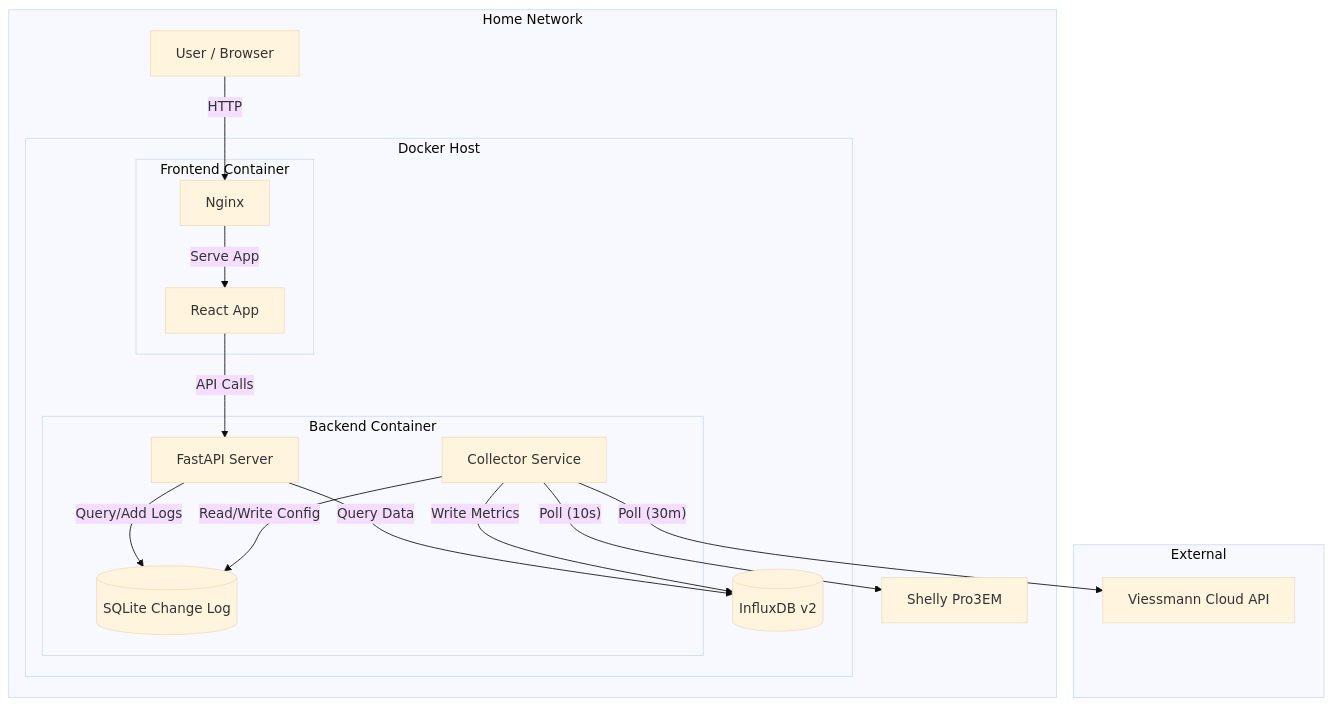
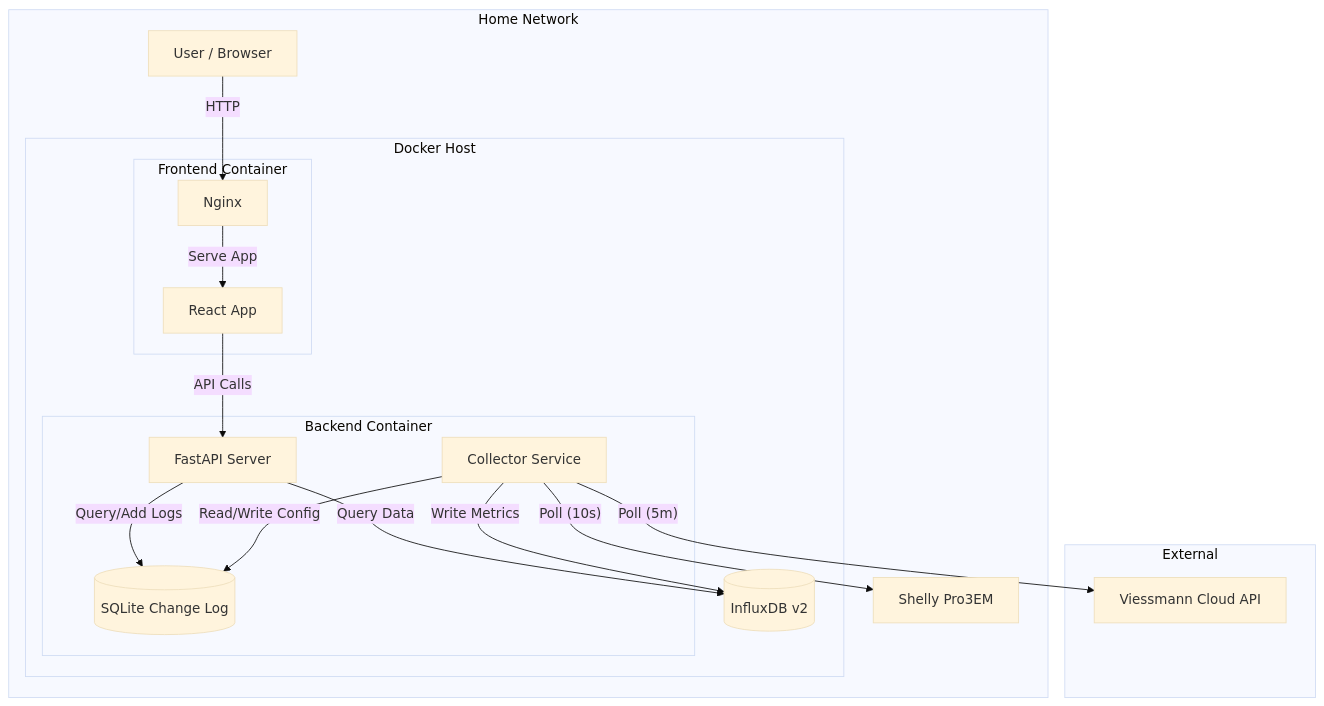
One commit to ThomasObenaus/heatpump-stats changed the diagram in PLAN.md. Above: the diagram before and after it, drawn with Mermaid (base theme). The commit also changed other lines of this file, not shown here.

````diff
--- a/PLAN.md
+++ b/PLAN.md
@@ -196,41 +196,41 @@
 ```mermaid
 graph TD
     subgraph "External"
         Viessmann[Viessmann Cloud API]
     end
 
     subgraph "Home Network"
         Shelly[Shelly Pro3EM]
 
         subgraph "Docker Host"
             subgraph "Frontend Container"
                 Nginx[Nginx]
                 ReactApp[React App]
             end
 
             subgraph "Backend Container"
                 Collector[Collector Service]
                 FastAPI[FastAPI Server]
                 SQLite[(SQLite Change Log)]
             end
 
             InfluxDB[(InfluxDB v2)]
         end
 
         User[User / Browser]
     end
 
     %% Data Flow
-    Collector -- "Poll (30m)" --> Viessmann
+    Collector -- "Poll (5m)" --> Viessmann
     Collector -- "Poll (10s)" --> Shelly
     Collector -- "Write Metrics" --> InfluxDB
     Collector -- "Read/Write Config" --> SQLite
 
     %% API & User Interaction
     User -- "HTTP" --> Nginx
     Nginx -- "Serve App" --> ReactApp
     ReactApp -- "API Calls" --> FastAPI
 
     FastAPI -- "Query Data" --> InfluxDB
     FastAPI -- "Query/Add Logs" --> SQLite
 ```
````
